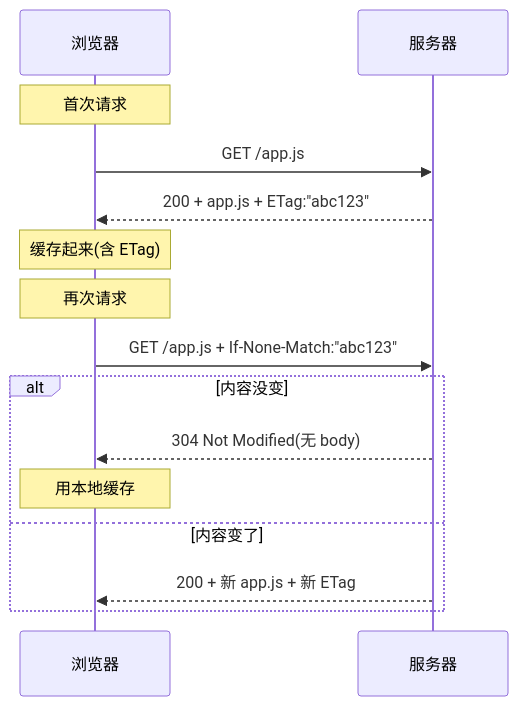
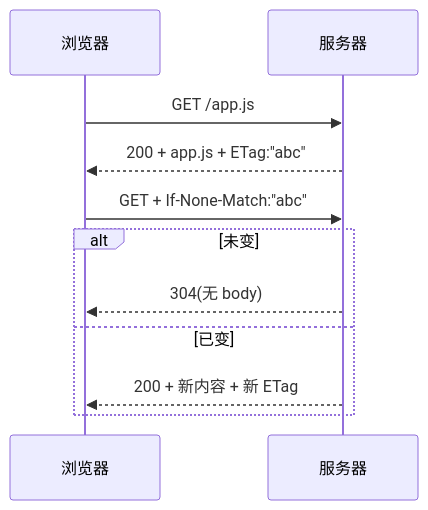
The second of 2 diagrams in frontend-knowledge-base/卷四-网络与通信/4.3-HTTP缓存与协商.md (inspire-man/frontend-knowledge-base), drawn with Mermaid before and after one commit. The commit also changed other lines of this file and 2 other files, not shown here.

````diff
--- a/frontend-knowledge-base/卷四-网络与通信/4.3-HTTP缓存与协商.md
+++ b/frontend-knowledge-base/卷四-网络与通信/4.3-HTTP缓存与协商.md
@@ -74,17 +66,13 @@
 ```mermaid
 sequenceDiagram
     participant C as 浏览器
     participant S as 服务器
-    Note over C: 首次请求
     C->>S: GET /app.js
-    S-->>C: 200 + app.js + ETag:"abc123"
-    Note over C: 缓存起来(含 ETag)
-    Note over C: 再次请求
-    C->>S: GET /app.js + If-None-Match:"abc123"
-    alt 内容没变
-        S-->>C: 304 Not Modified(无 body)
-        Note over C: 用本地缓存
-    else 内容变了
-        S-->>C: 200 + 新 app.js + 新 ETag
+    S-->>C: 200 + app.js + ETag:"abc"
+    C->>S: GET + If-None-Match:"abc"
+    alt 未变
+        S-->>C: 304(无 body)
+    else 已变
+        S-->>C: 200 + 新内容 + 新 ETag
     end
 ```
````
